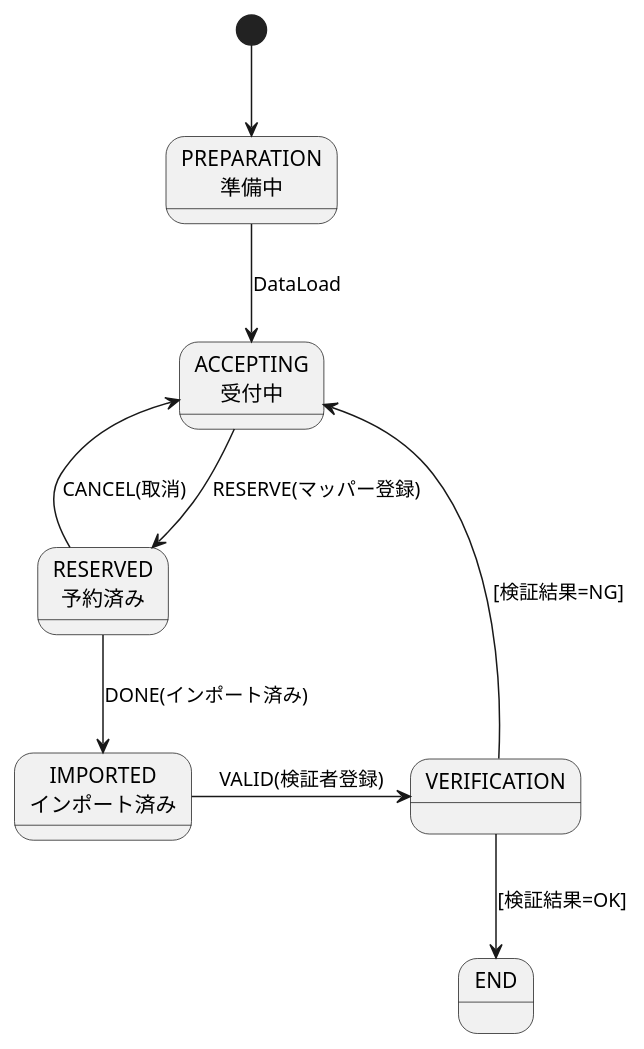
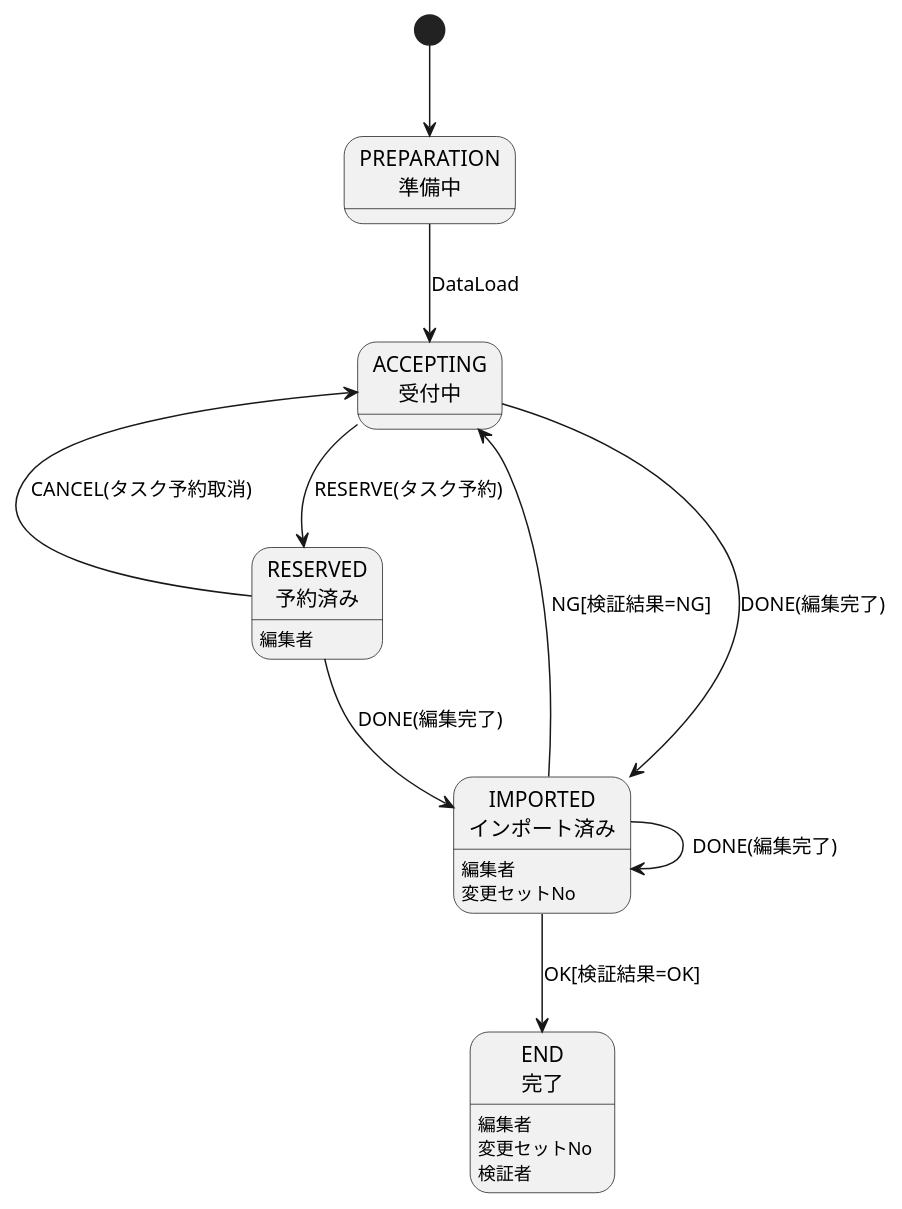
One commit to yuuhayashi/task-bldg changed the diagram in TaskStatus.pu. Above: the diagram before and after it, drawn with PlantUML. The commit also changed 9 other files, not shown here.

```diff
--- a/TaskStatus.pu
+++ b/TaskStatus.pu
@@ -1,25 +1,34 @@
 @startuml
 
 [*] --> PREPARATION
 PREPARATION --> ACCEPTING : DataLoad
-ACCEPTING --> RESERVED	: RESERVE(マッパー登録)
-RESERVED --> IMPORTED	: DONE(インポート済み) 
-ACCEPTING <-- RESERVED	: CANCEL(取消)
+ACCEPTING --> RESERVED	: RESERVE(タスク予約)
+ACCEPTING --> IMPORTED	: DONE(編集完了) 
+RESERVED --> IMPORTED	: DONE(編集完了) 
+IMPORTED --> IMPORTED	: DONE(編集完了) 
+ACCEPTING <-- RESERVED	: CANCEL(タスク予約取消)
 
-IMPORTED -> VERIFICATION : VALID(検証者登録)
-VERIFICATION --> END	: [検証結果=OK]
-ACCEPTING <-- VERIFICATION : [検証結果=NG]
+IMPORTED --> END	: OK[検証結果=OK]
+ACCEPTING <-- IMPORTED : NG[検証結果=NG]
 
 state "PREPARATION\n準備中" as PREPARATION {
 }
 
 state "ACCEPTING\n受付中" as ACCEPTING {
 }
 
 state "RESERVED\n予約済み" as RESERVED {
+	RESERVED : 編集者
 }
 
 state "IMPORTED\nインポート済み" as IMPORTED {
+	IMPORTED : 編集者
+	IMPORTED : 変更セットNo
 }
 
+state "END\n完了" as END {
+	END : 編集者
+	END : 変更セットNo
+	END : 検証者
+}
 @enduml
```
